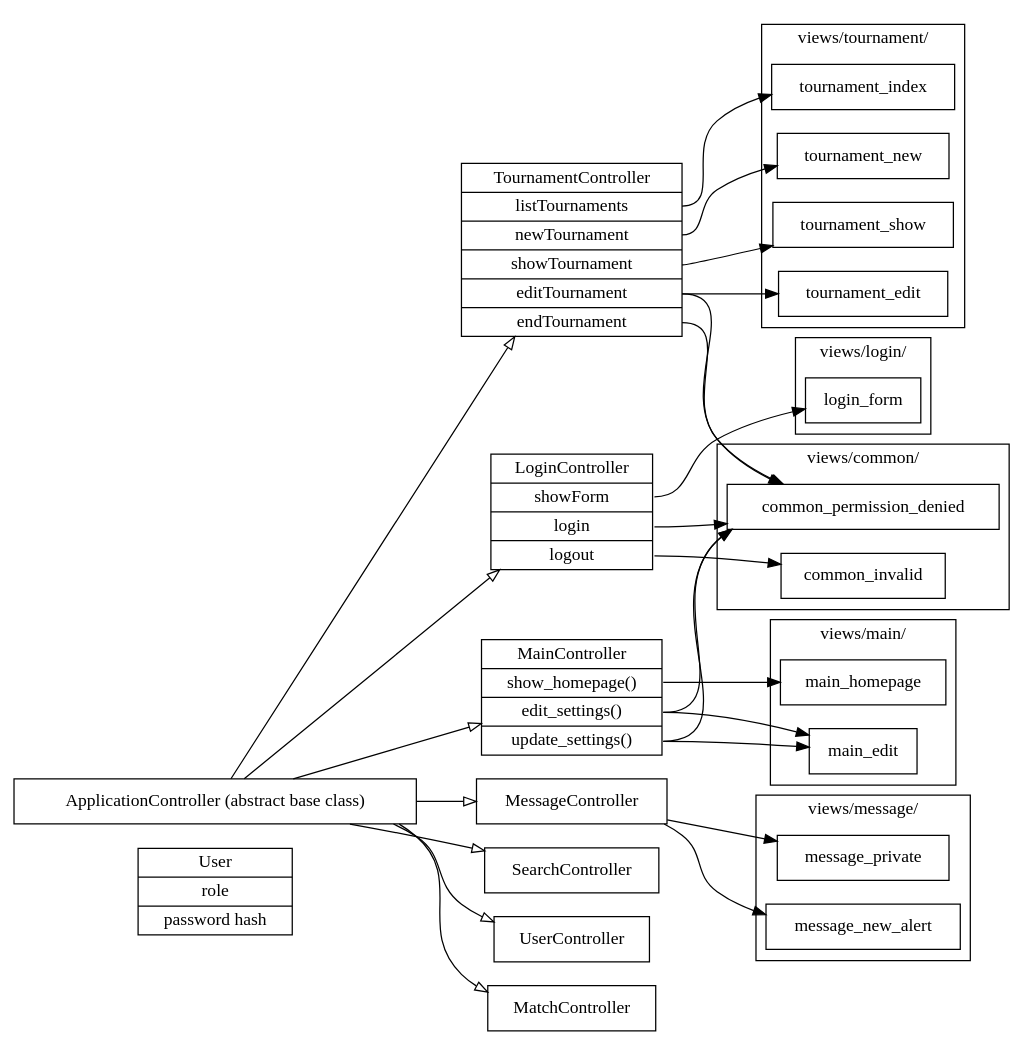
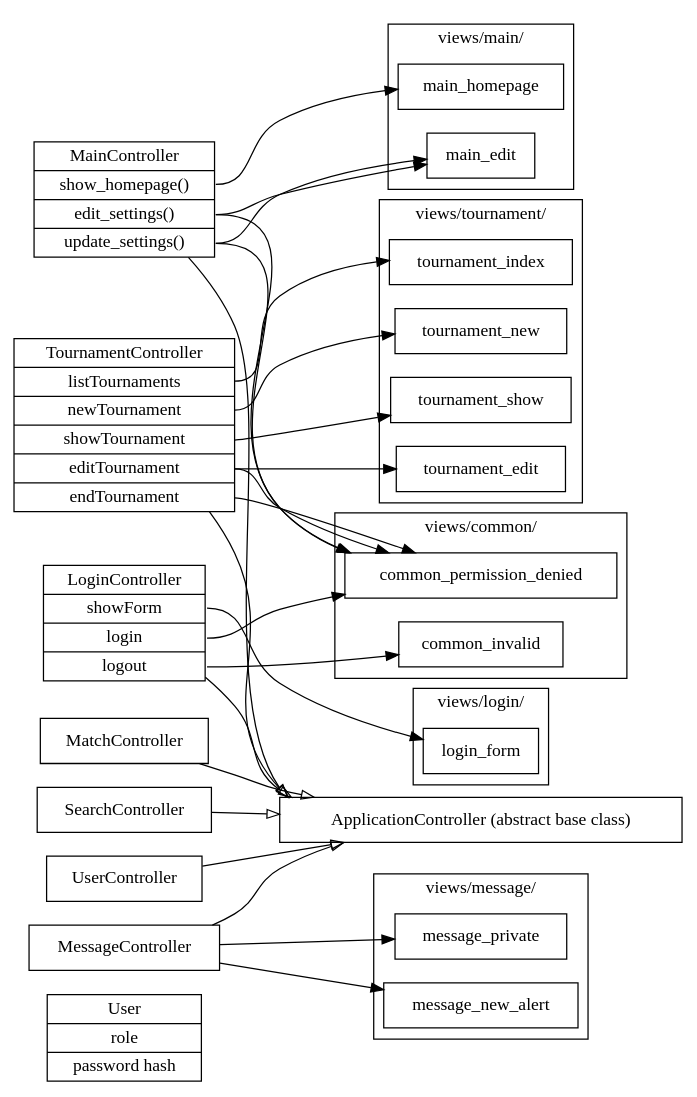
One commit to LukeShu/leaguer changed the diagram in docs/DesignDocument.dot. Above: the diagram before and after it, drawn with Graphviz.

Commit message:
DesignDocument.dot: extends arrows were going the wrong way

```diff
--- a/docs/DesignDocument.dot
+++ b/docs/DesignDocument.dot
@@ -1,82 +1,82 @@
 digraph systemModel {
 	rankdir="LR";
 	node[shape="record"];
 
 	#subgraph clusterModels {
 	#	label="Models"
 		User[label="<name> User | <attr_role> role | <attr_pw> password hash"];
 	#}
 	
-	BaseController[label="ApplicationController (abstract base class)"];
+	ApplicationController[label="ApplicationController (abstract base class)"];
 	#subgraph clusterControllers {
 	#	label="Controllers";
 		MainController[label="<name> MainController | <index> show_homepage() | <edit> edit_settings() | <update> update_settings()"];
 		TournamentController[label="<name> TournamentController | <index> listTournaments | <new> newTournament | <show> showTournament | <edit> editTournament | <delete> endTournament"];
 		MessageController;
 		LoginController[label="<name> LoginController | <index> showForm | <login> login | <logout> logout"];
 		SearchController;
 		UserController;
 		MatchController;
 	#}
 	#subgraph clusterViews {
 	#	label="views/";
 		subgraph clusterCommonViews {
 			label="views/common/";
 			common_permission_denied;
 			common_invalid;
 		}
 		subgraph clusterMainViews {
 			label="views/main/";
 			main_homepage;
 			main_edit;
 		}
 		subgraph clusterLoginViews {
 			label="views/login/";
 			login_form
 		}
 		subgraph clusterTournamentViews {
 			label="views/tournament/";
 			tournament_index;
 			tournament_new;
 			tournament_show;
 			tournament_edit;
 		}
 		subgraph clusterMessageViews {
 			label="views/message/";
 			message_private;
 			message_new_alert;
 		}
 	#}
 
-	BaseController -> MainController[arrowhead="onormal"];
+	MainController -> ApplicationController[arrowhead="onormal"];
 	MainController:index -> main_homepage;
 	MainController:edit -> main_edit;
 	MainController:edit -> common_permission_denied;
 	MainController:update -> main_edit;
 	MainController:update -> common_permission_denied;
 
-	BaseController -> TournamentController[arrowhead="onormal"];
+	TournamentController -> ApplicationController[arrowhead="onormal"];
 	TournamentController:index -> tournament_index;
 	TournamentController:new -> tournament_new;
 	TournamentController:show -> tournament_show;
 	TournamentController:edit -> tournament_edit;
 	TournamentController:edit -> common_permission_denied;
 	TournamentController:delete -> common_permission_denied;
 
-	BaseController -> MessageController[arrowhead="onormal"];
+	MessageController -> ApplicationController[arrowhead="onormal"];
 	MessageController -> message_private;
 	MessageController -> message_new_alert;
 
 
-	BaseController -> LoginController[arrowhead="onormal"];
+	LoginController -> ApplicationController[arrowhead="onormal"];
 	LoginController:index -> login_form;
 	LoginController:login -> common_permission_denied;
 	LoginController:logout -> common_invalid;
 
-	BaseController -> SearchController[arrowhead="onormal"];
+	SearchController -> ApplicationController[arrowhead="onormal"];
 	
-	BaseController -> UserController[arrowhead="onormal"];
+	UserController -> ApplicationController[arrowhead="onormal"];
 	
-	BaseController -> MatchController[arrowhead="onormal"];
+	MatchController -> ApplicationController[arrowhead="onormal"];
 
 }
```
